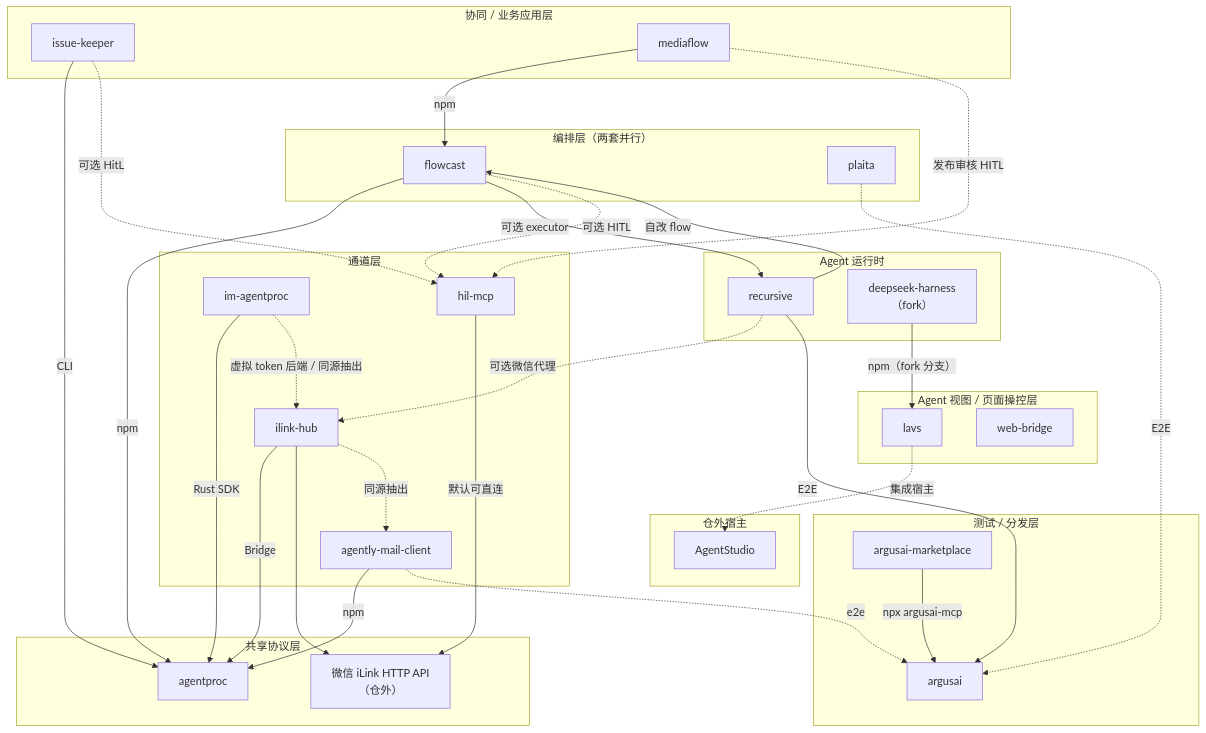
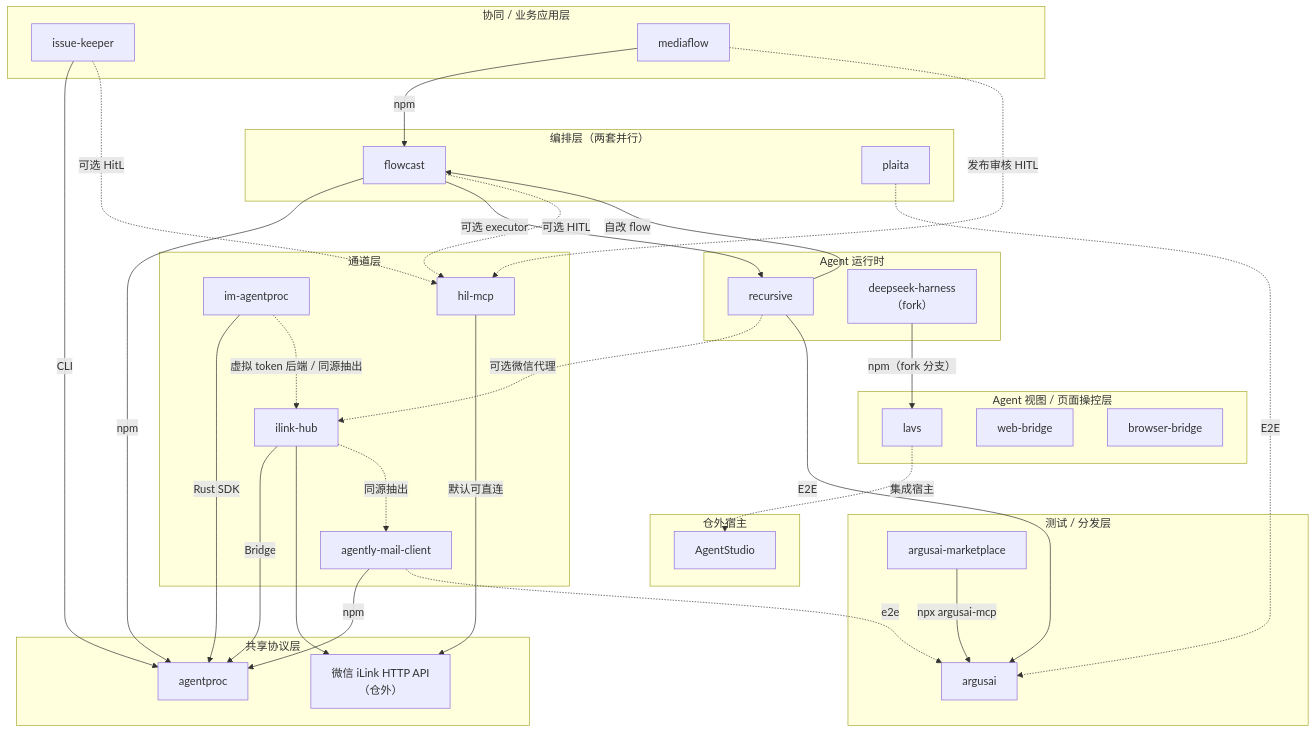
One commit to jeffkit/infra4agent changed the first of 2 diagrams in docs/ARCHITECTURE.md. Above: the diagram before and after it, drawn with Mermaid. The commit also changed other lines of this file and 3 other files, not shown here.

First line of the commit message:
docs: 登记新子仓 browser-bridge（远程 Agent 操控本地浏览器的 MV3 扩展 + MCP gateway）

````diff
--- a/docs/ARCHITECTURE.md
+++ b/docs/ARCHITECTURE.md
@@ -33,66 +33,67 @@
 ```mermaid
 flowchart TB
   subgraph collab["协同 / 业务应用层"]
     IK["issue-keeper"]
     MF["mediaflow"]
   end
 
   subgraph test["测试 / 分发层"]
     AM["argusai-marketplace"]
     AA["argusai"]
     AM -->|npx argusai-mcp| AA
   end
 
   subgraph ui["Agent 视图 / 页面操控层"]
     LAVS["lavs"]
     WB["web-bridge"]
+    BB["browser-bridge"]
   end
 
   subgraph orch["编排层（两套并行）"]
     FC["flowcast"]
     PL["plaita"]
   end
 
   subgraph runtime["Agent 运行时"]
     REC["recursive"]
     DSH["deepseek-harness<br/>（fork）"]
   end
 
   subgraph channel["通道层"]
     IH["ilink-hub"]
     IMAP["im-agentproc"]
     HITL["hil-mcp"]
     MAIL["agently-mail-client"]
   end
 
   subgraph shared["共享协议层"]
     AP["agentproc"]
     ILINK["微信 iLink HTTP API<br/>（仓外）"]
   end
 
   subgraph external["仓外宿主"]
     AS["AgentStudio"]
   end
 
   FC -->|npm| AP
   FC -->|可选 executor| REC
   FC -.->|可选 HITL| HITL
   REC -->|自改 flow| FC
   REC -.->|可选微信代理| IH
   REC -->|E2E| AA
   IH -->|Bridge| AP
   IH --> ILINK
   IH -.->|同源抽出| MAIL
   MAIL -->|npm| AP
   IMAP -->|Rust SDK| AP
   IMAP -.->|虚拟 token 后端 / 同源抽出| IH
   HITL -->|默认可直连| ILINK
   IK -->|CLI| AP
   IK -.->|可选 HitL| HITL
   MAIL -.->|e2e| AA
   PL -.->|E2E| AA
   MF -->|npm| FC
   MF -.->|发布审核 HITL| HITL
   DSH -->|npm（fork 分支）| LAVS
   LAVS -.->|集成宿主| AS
 ```
````
